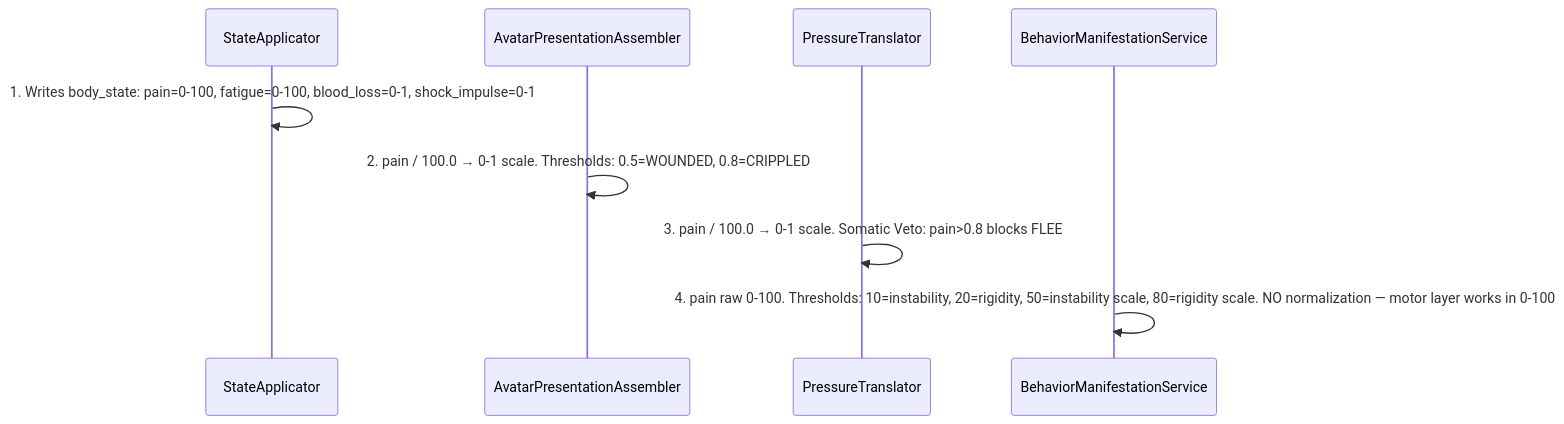
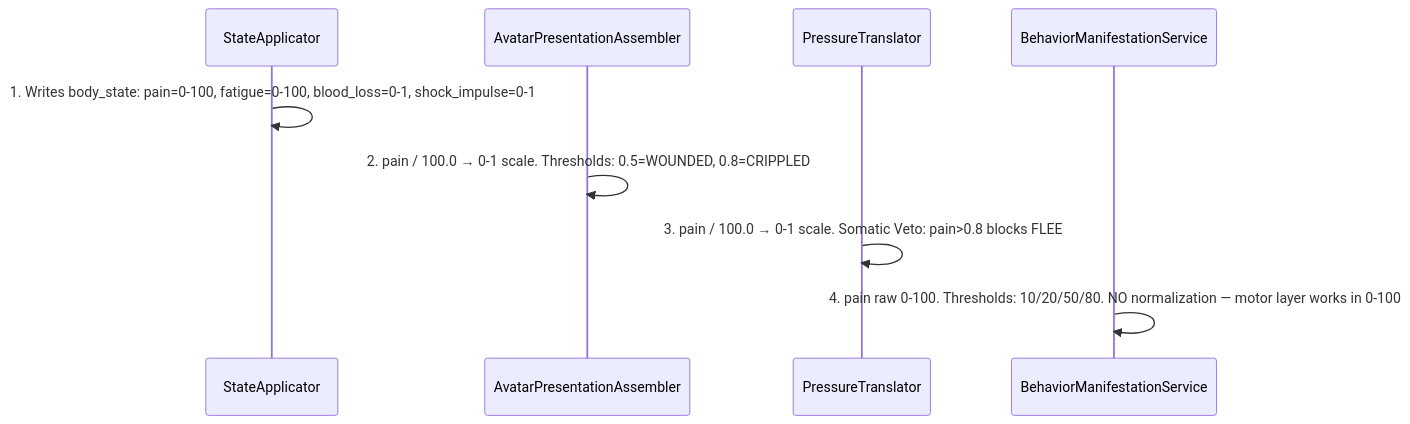
One commit to 4Um4/Enigma changed diagram 18 of 29 in docs/ARCHITECTURE_FLOW_GENERATED.md. Above: the diagram before and after it, drawn with Mermaid. The commit also changed other lines of this file and 768 other files, not shown here.

````diff
--- a/docs/ARCHITECTURE_FLOW_GENERATED.md
+++ b/docs/ARCHITECTURE_FLOW_GENERATED.md
@@ -654,11 +828,11 @@
 ```mermaid
 sequenceDiagram
 participant StateApplicator
 participant AvatarPresentationAssembler
 participant PressureTranslator
 participant BehaviorManifestationService
 StateApplicator->>StateApplicator: 1. Writes body_state: pain=0-100, fatigue=0-100, blood_loss=0-1, shock_impulse=0-1
 AvatarPresentationAssembler->>AvatarPresentationAssembler: 2. pain / 100.0 → 0-1 scale. Thresholds: 0.5=WOUNDED, 0.8=CRIPPLED
 PressureTranslator->>PressureTranslator: 3. pain / 100.0 → 0-1 scale. Somatic Veto: pain>0.8 blocks FLEE
-BehaviorManifestationService->>BehaviorManifestationService: 4. pain raw 0-100. Thresholds: 10=instability, 20=rigidity, 50=instability scale, 80=rigidity scale. NO normalization — motor layer works in 0-100
+BehaviorManifestationService->>BehaviorManifestationService: 4. pain raw 0-100. Thresholds: 10/20/50/80. NO normalization — motor layer works in 0-100
 ```
````
